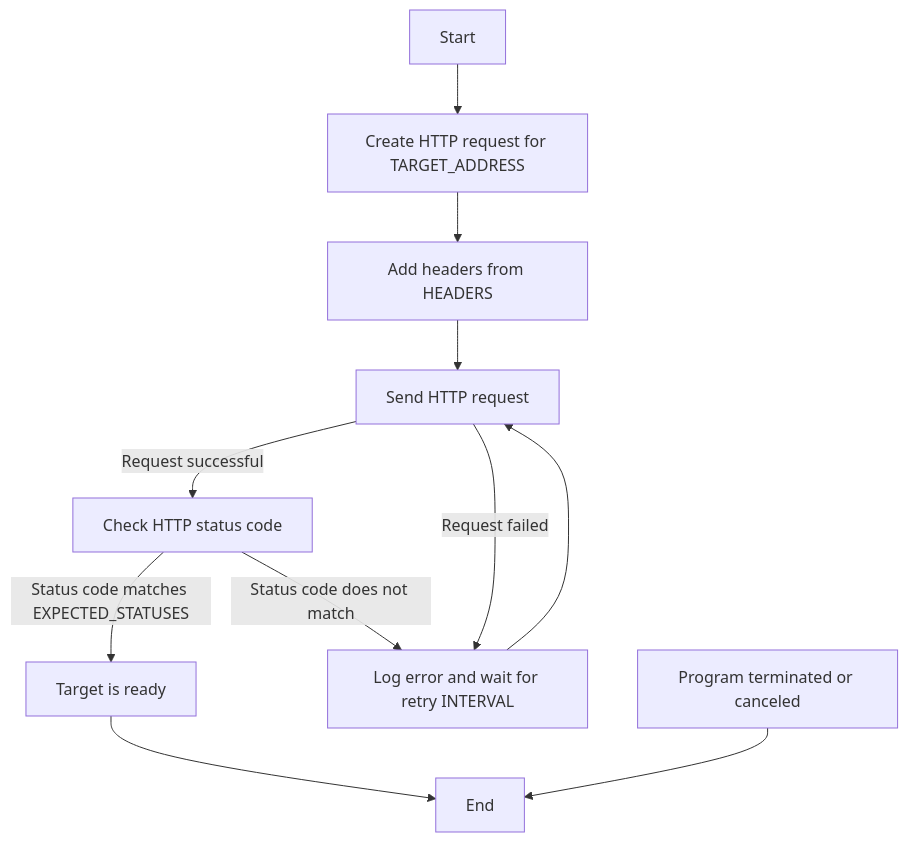
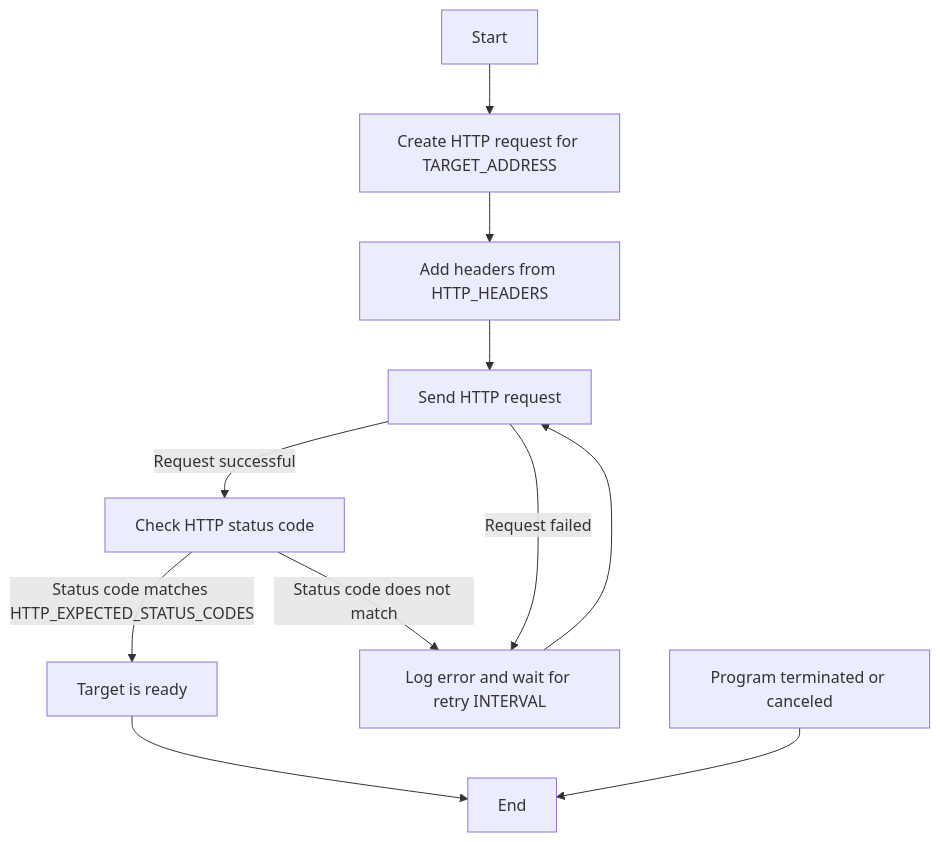
The first of 2 diagrams in README.md (containeroo/portpatrol), drawn with Mermaid before and after one commit.

Commit message:
fix behaviour flowchart

````diff
--- a/README.md
+++ b/README.md
@@ -61,13 +61,13 @@
 ```mermaid
 graph TD;
     A[Start] --> B[Create HTTP request for TARGET_ADDRESS];
-    B --> C[Add headers from HEADERS];
+    B --> C[Add headers from HTTP_HEADERS];
     C --> D[Send HTTP request];
     D -->|Request successful| E[Check HTTP status code];
     D -->|Request failed| F[Log error and wait for retry INTERVAL];
     F --> D;
-    E -->|Status code matches EXPECTED_STATUSES| G[Target is ready];
+    E -->|Status code matches HTTP_EXPECTED_STATUS_CODES| G[Target is ready];
     E -->|Status code does not match| F;
     G --> H[End];
     I[Program terminated or canceled] --> H;
 ```
````
